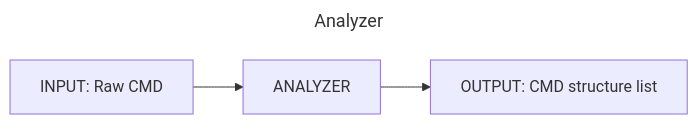
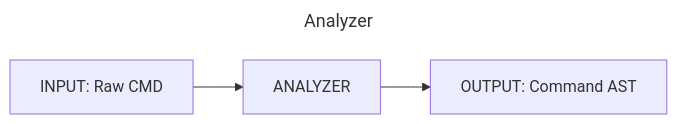
The first of 4 diagrams in docs/README.md (3lsy/minishell), drawn with Mermaid before and after one commit. The commit also changed other lines of this file, not shown here.

````diff
--- a/docs/README.md
+++ b/docs/README.md
@@ -11,11 +11,11 @@
 ```mermaid
 ---
 title: Analyzer
 ---
 flowchart LR
     input["INPUT: Raw CMD"]
     analyzer["ANALYZER"]
-    output["OUTPUT: CMD structure list"]
+    output["OUTPUT: Command AST"]
     input --> analyzer
     analyzer --> output
 ```
````
